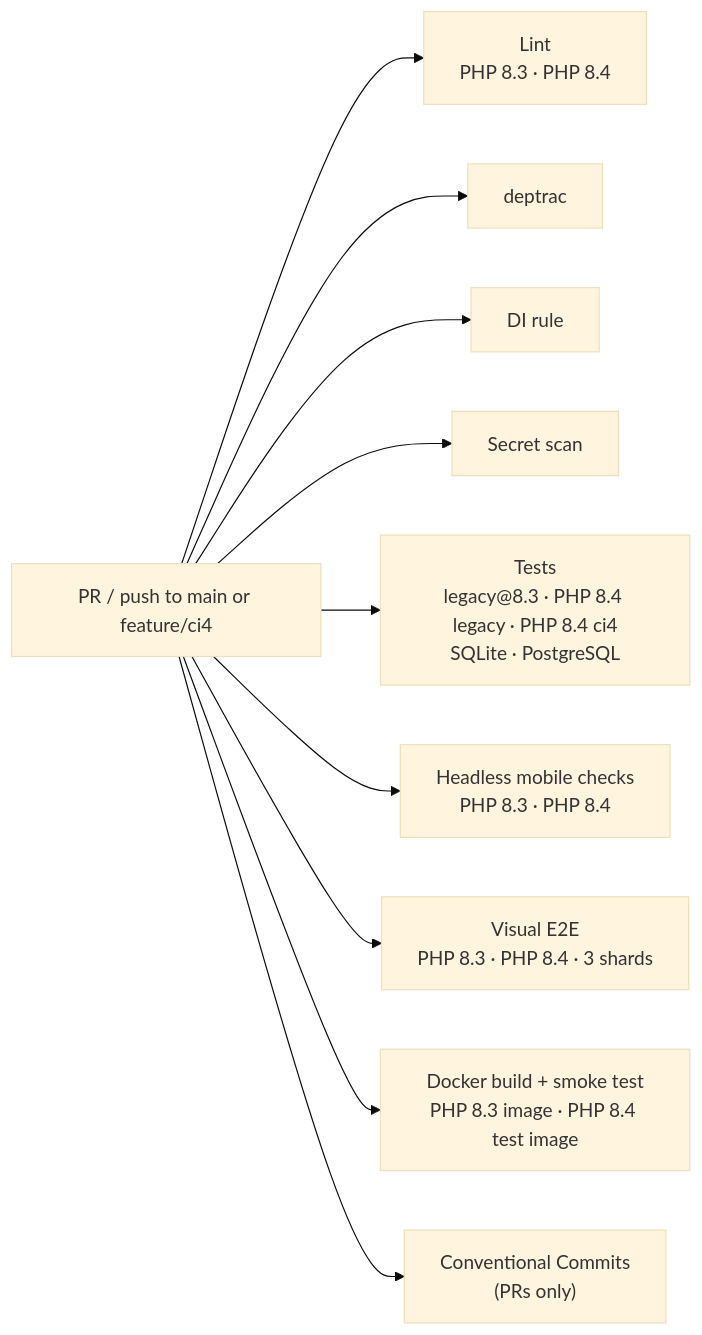
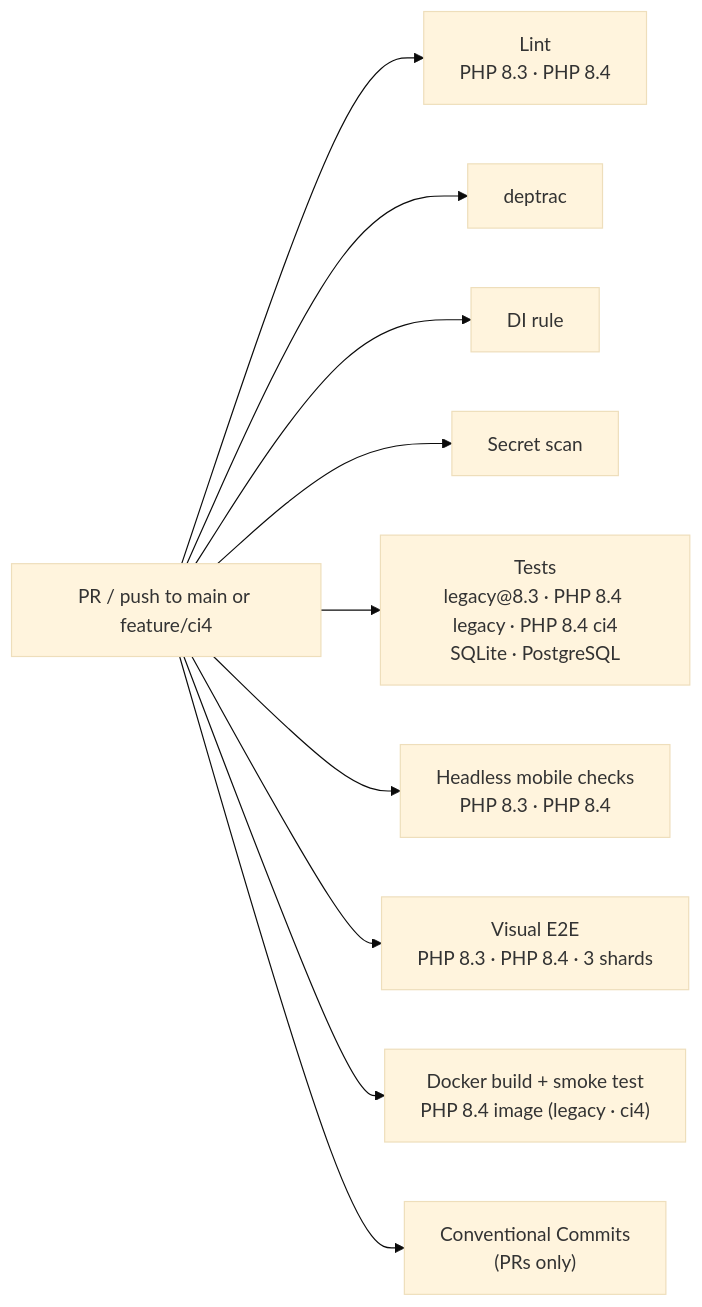
The diagram in docs/ci.md (thordin9/apotheke), drawn with Mermaid (base theme) before and after one commit. The commit also changed other lines of this file and 9 other files, not shown here.

Commit message:
build(ci4): ship the Docker image on PHP 8.4.27

````diff
--- a/docs/ci.md
+++ b/docs/ci.md
@@ -12,12 +12,12 @@
 ```mermaid
 flowchart LR
   push["PR / push to main or feature/ci4"] --> lint["Lint<br/>PHP 8.3 · PHP 8.4"]
   push --> deptrac["deptrac"]
   push --> di["DI rule"]
   push --> secrets["Secret scan"]
   push --> test["Tests<br/>legacy@8.3 · PHP 8.4 legacy · PHP 8.4 ci4<br/>SQLite · PostgreSQL"]
   push --> mobile["Headless mobile checks<br/>PHP 8.3 · PHP 8.4"]
   push --> e2e["Visual E2E<br/>PHP 8.3 · PHP 8.4 · 3 shards"]
-  push --> docker["Docker build + smoke test<br/>PHP 8.3 image · PHP 8.4 test image"]
+  push --> docker["Docker build + smoke test<br/>PHP 8.4 image (legacy · ci4)"]
   push --> commits["Conventional Commits<br/>(PRs only)"]
 ```
````
